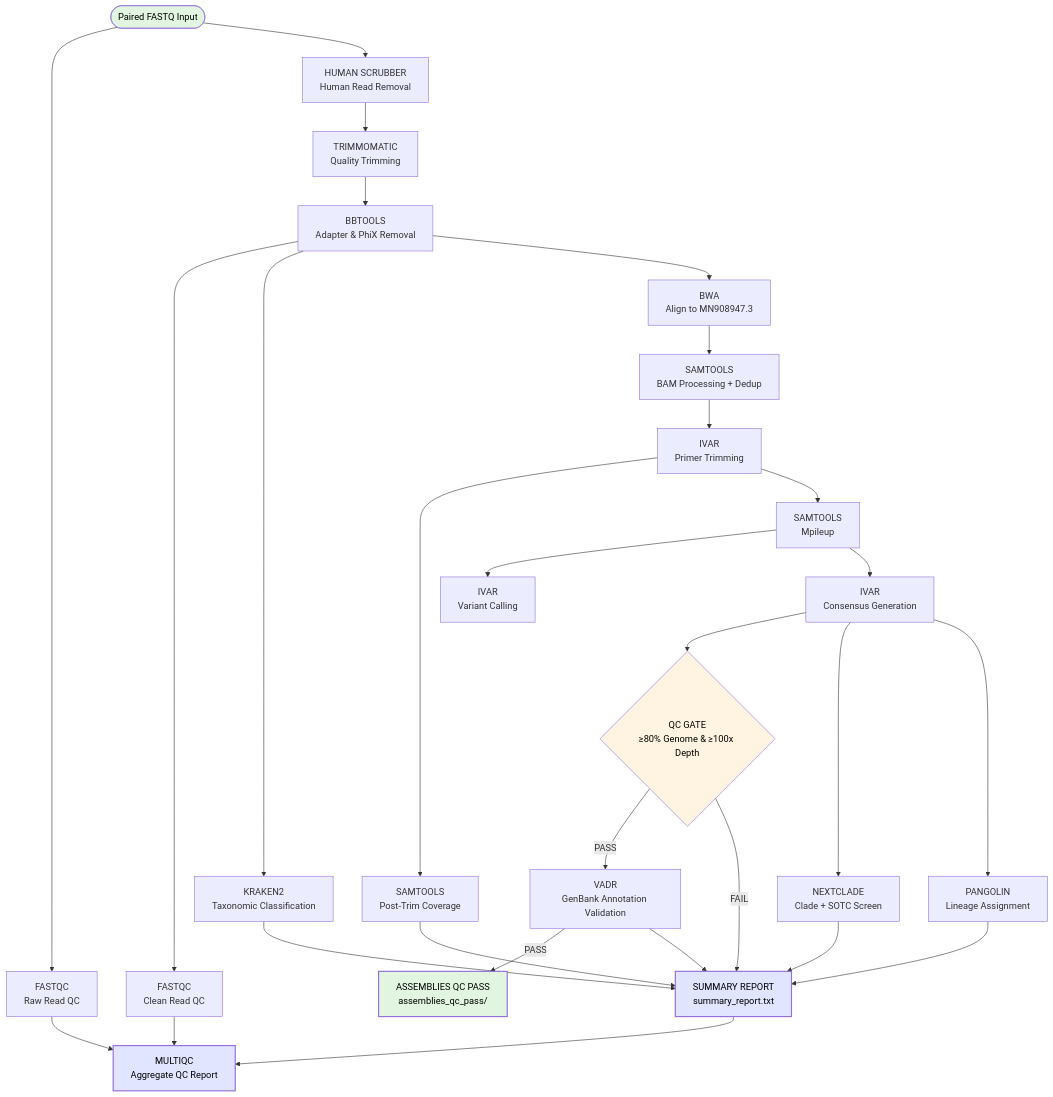
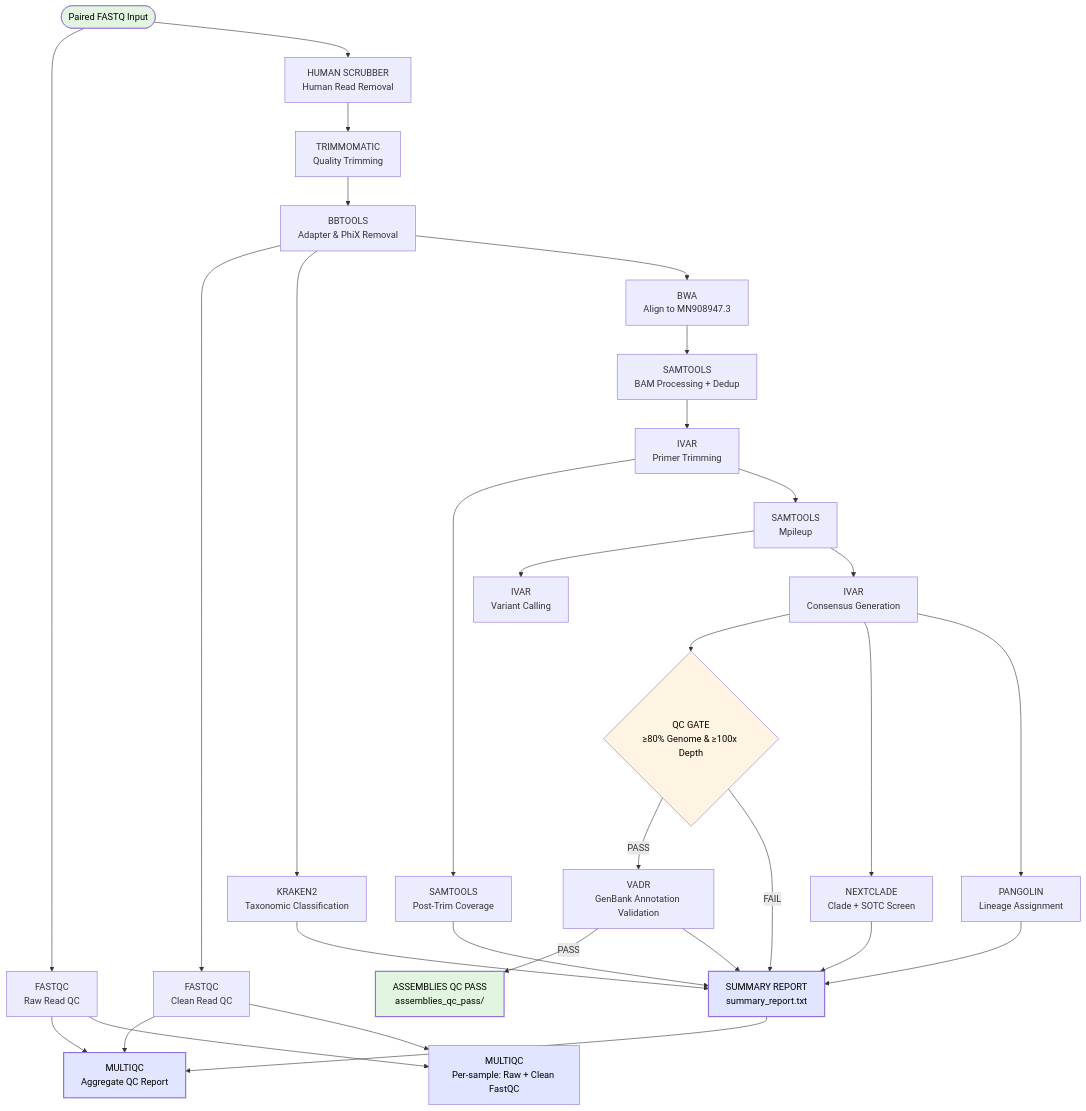
The diagram in README.md (arodzh-sudo/Daytona), drawn with Mermaid before and after one commit. The commit also changed other lines of this file and 4 other files, not shown here.

First line of the commit message:
Add per-sample MultiQC and compact process config

````diff
--- a/README.md
+++ b/README.md
@@ -91,36 +91,39 @@
 ```mermaid
 flowchart TD
     A([Paired FASTQ Input]) --> B[FASTQC<br/>Raw Read QC]
     A --> C[HUMAN SCRUBBER<br/>Human Read Removal]
     C --> D[TRIMMOMATIC<br/>Quality Trimming]
     D --> E[BBTOOLS<br/>Adapter & PhiX Removal]
     E --> F[FASTQC<br/>Clean Read QC]
     E --> H[KRAKEN2<br/>Taxonomic Classification]
     E --> I[BWA<br/>Align to MN908947.3]
     I --> M[SAMTOOLS<br/>BAM Processing + Dedup]
     M --> N[IVAR<br/>Primer Trimming]
     N --> O[SAMTOOLS<br/>Post-Trim Coverage]
     N --> P[SAMTOOLS<br/>Mpileup]
     P --> Q[IVAR<br/>Variant Calling]
     P --> R[IVAR<br/>Consensus Generation]
     R --> S{QC GATE<br/>≥80% Genome & ≥100x Depth}
     R --> U[NEXTCLADE<br/>Clade + SOTC Screen]
     R --> X[PANGOLIN<br/>Lineage Assignment]
     S -->|PASS| T[VADR<br/>GenBank Annotation Validation]
     S -->|FAIL| V[SUMMARY REPORT<br/>summary_report.txt]
     T -->|PASS| W[ASSEMBLIES QC PASS<br/>assemblies_qc_pass/]
     T --> V
     U --> V
     X --> V
     H --> V
     O --> V
     V --> G[MULTIQC<br/>Aggregate QC Report]
     B --> G
     F --> G
+    B --> SM[MULTIQC<br/>Per-sample: Raw + Clean FastQC]
+    F --> SM
 
     style A fill:#e1f5e1,color:#000
     style S fill:#fff4e1,color:#000
     style V fill:#e1e5ff,color:#000,stroke-width:2px
     style W fill:#e1f5e1,color:#000,stroke-width:2px
     style G fill:#e1e5ff,color:#000,stroke-width:2px
+    style SM fill:#e1e5ff,color:#000
 ```
````
